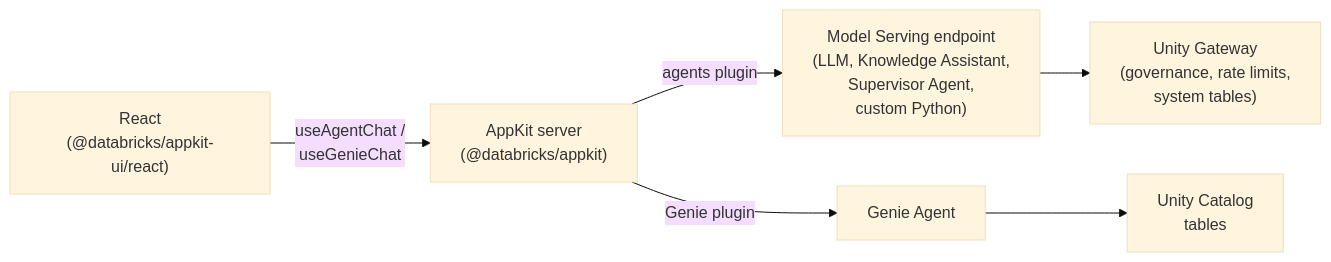
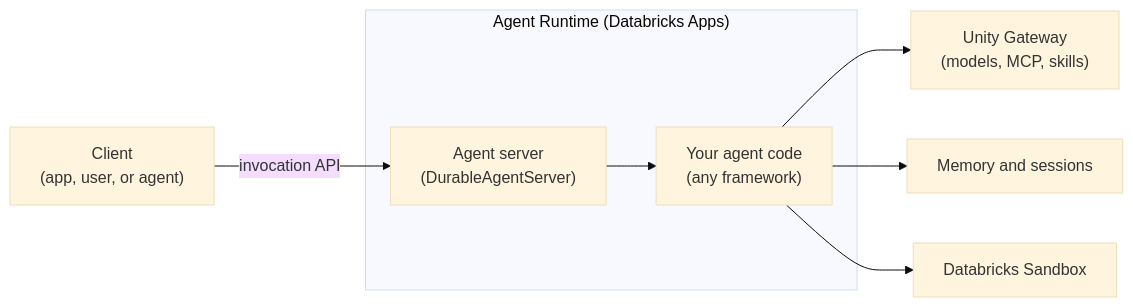
The diagram in src/content/docs/agents/overview.md (databricks/devhub), drawn with Mermaid (base theme) before and after one commit. The commit also changed other lines of this file and 1 other file, not shown here.

First line of the commit message:
docs(agents): rewrite the Agent Bricks overview around the developer platform

````diff
--- a/src/content/docs/agents/overview.md
+++ b/src/content/docs/agents/overview.md
@@ -26,8 +36,10 @@
 ```mermaid
 flowchart LR
-    React["React<br/>(@databricks/appkit-ui/react)"] -->|"useAgentChat /<br/>useGenieChat"| Node["AppKit server<br/>(@databricks/appkit)"]
-    Node -->|"agents plugin"| Endpoint["Model Serving endpoint<br/>(LLM, Knowledge Assistant,<br/>Supervisor Agent,<br/>custom Python)"]
-    Node -->|"Genie plugin"| Space["Genie Agent"]
-    Endpoint --> Gateway["Unity Gateway<br/>(governance, rate limits,<br/>system tables)"]
-    Space --> UC["Unity Catalog<br/>tables"]
+    Client["Client<br/>(app, user, or agent)"] -->|"invocation API"| Server
+    subgraph Runtime["Agent Runtime (Databricks Apps)"]
+        Server["Agent server<br/>(DurableAgentServer)"] --> Loop["Your agent code<br/>(any framework)"]
+    end
+    Loop --> Gateway["Unity Gateway<br/>(models, MCP, skills)"]
+    Loop --> State["Memory and sessions"]
+    Loop --> Sandbox["Databricks Sandbox"]
 ```
````
